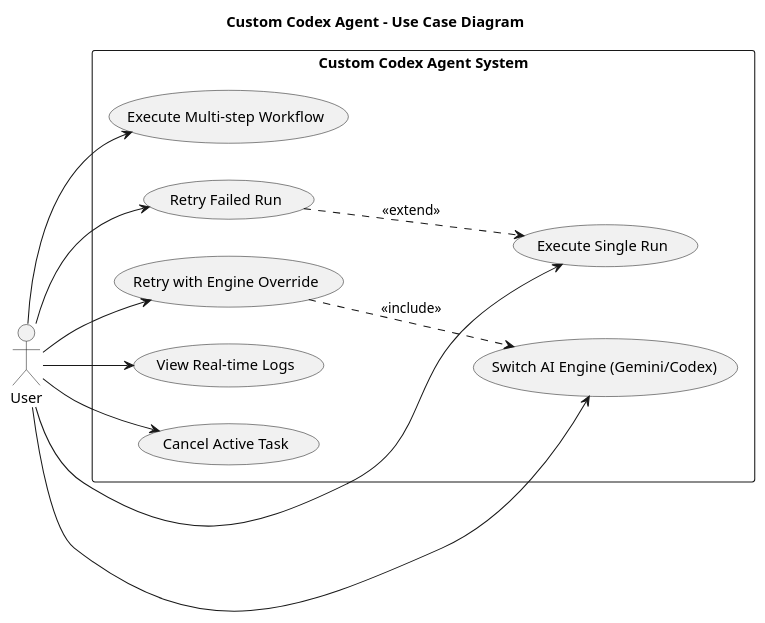
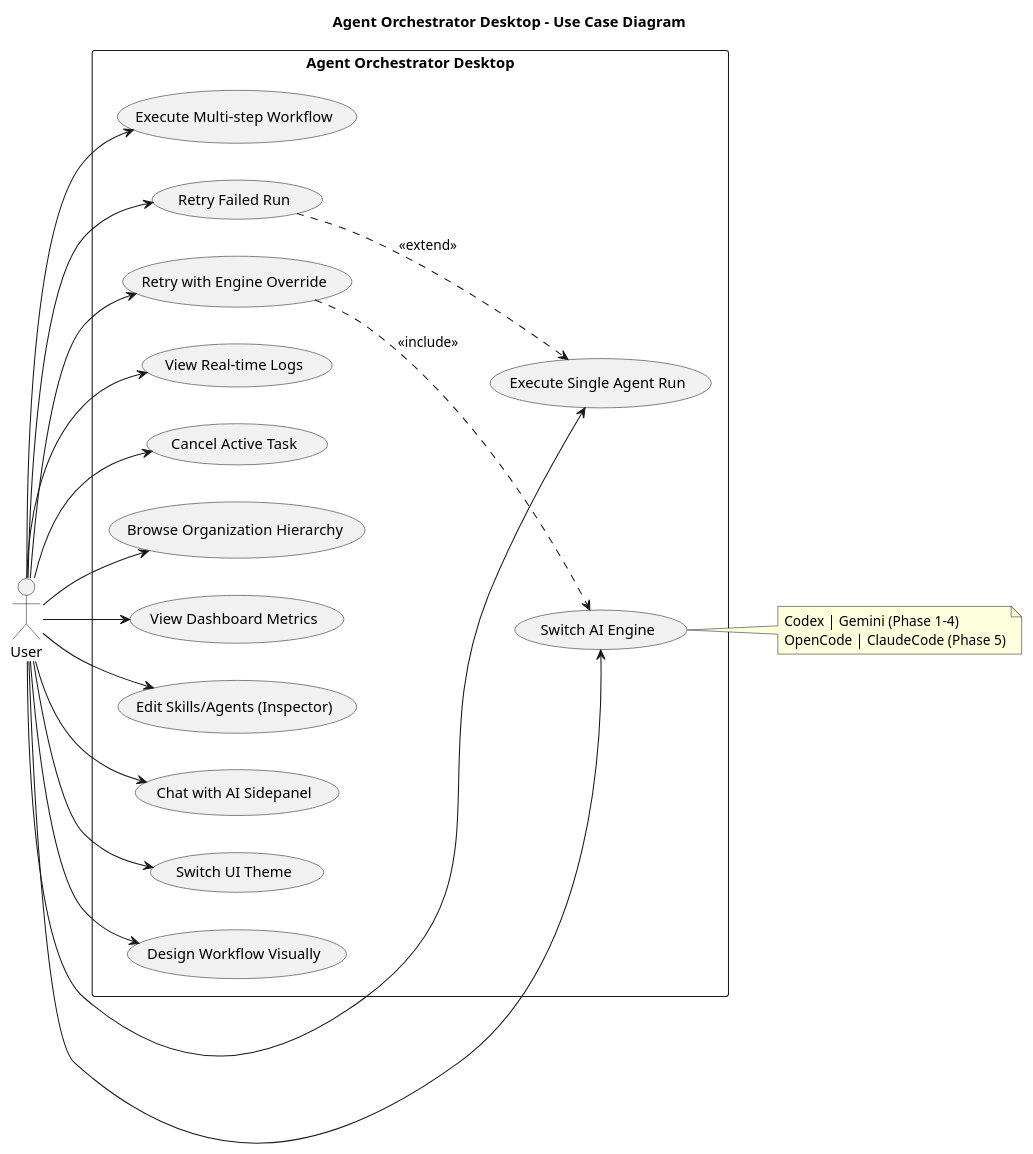
The diagram in document/use_case.puml (kim57uak/custom-codex-agent), drawn with PlantUML before and after one commit. The commit also changed 137 other files, not shown here.

```diff
--- a/document/use_case.puml
+++ b/document/use_case.puml
@@ -1,27 +1,46 @@
 @startuml
-title Custom Codex Agent - Use Case Diagram
+title Agent Orchestrator Desktop - Use Case Diagram
 
 left to right direction
 actor User
 
-rectangle "Custom Codex Agent System" {
-    usecase "Execute Single Run" as UC1
+rectangle "Agent Orchestrator Desktop" {
+    usecase "Execute Single Agent Run" as UC1
     usecase "Execute Multi-step Workflow" as UC2
-    usecase "Switch AI Engine (Gemini/Codex)" as UC3
+    usecase "Switch AI Engine" as UC3
     usecase "Retry Failed Run" as UC4
     usecase "Retry with Engine Override" as UC5
     usecase "View Real-time Logs" as UC6
     usecase "Cancel Active Task" as UC7
+
+    usecase "Browse Organization Hierarchy" as UC8
+    usecase "View Dashboard Metrics" as UC9
+    usecase "Edit Skills/Agents (Inspector)" as UC10
+    usecase "Chat with AI Sidepanel" as UC11
+    usecase "Switch UI Theme" as UC12
+    usecase "Design Workflow Visually" as UC13
 }
 
 User --> UC1
 User --> UC2
 User --> UC3
 User --> UC4
 User --> UC5
 User --> UC6
 User --> UC7
+User --> UC8
+User --> UC9
+User --> UC10
+User --> UC11
+User --> UC12
+User --> UC13
 
 UC5 ..> UC3 : <<include>>
 UC4 ..> UC1 : <<extend>>
+
+note right of UC3
+  Codex | Gemini (Phase 1-4)
+  OpenCode | ClaudeCode (Phase 5)
+end note
+
 @enduml
```
